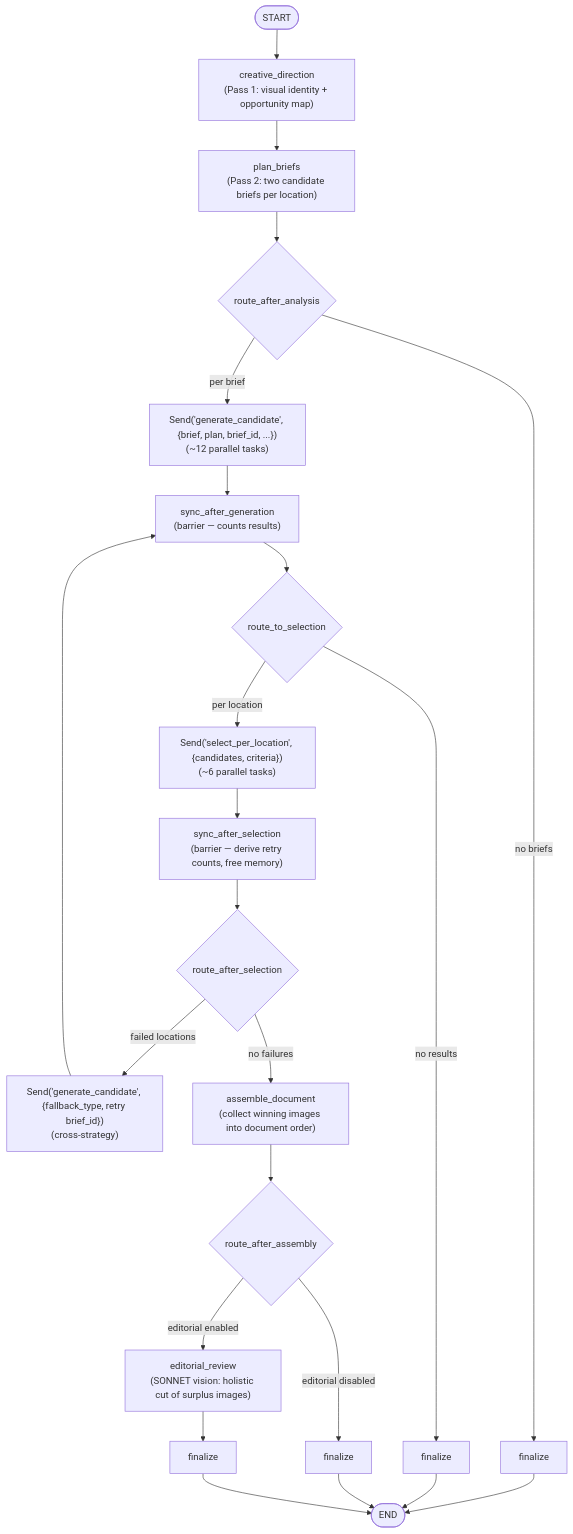
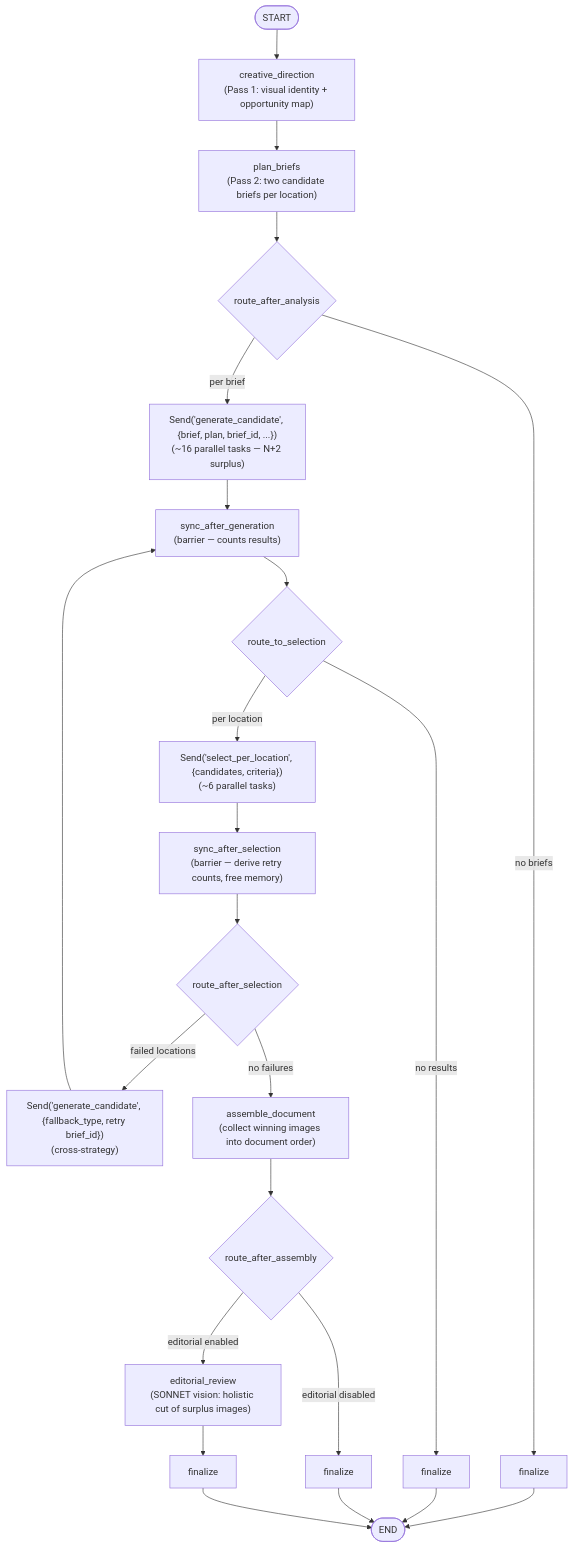
The first of 2 diagrams in docs/patterns/langgraph/document-illustration-workflow.md (DaveCBeck/thala), drawn with Mermaid before and after one commit. The commit also changed other lines of this file and 15 other files, not shown here.

First line of the commit message:
feat(illustrate): replace diagram pipeline with Gemini 3 Pro image generation

````diff
--- a/docs/patterns/langgraph/document-illustration-workflow.md
+++ b/docs/patterns/langgraph/document-illustration-workflow.md
@@ -53,26 +53,26 @@
 ```mermaid
 graph TD
     START([START])
     START --> creative_direction["creative_direction<br/>(Pass 1: visual identity + opportunity map)"]
     creative_direction --> plan_briefs["plan_briefs<br/>(Pass 2: two candidate briefs per location)"]
     plan_briefs --> conditional1{route_after_analysis}
-    conditional1 -->|per brief| generate_candidate["Send('generate_candidate', {brief, plan, brief_id, ...})<br/>(~12 parallel tasks)"]
+    conditional1 -->|per brief| generate_candidate["Send('generate_candidate', {brief, plan, brief_id, ...})<br/>(~16 parallel tasks — N+2 surplus)"]
     conditional1 -->|no briefs| finalize1[finalize]
     generate_candidate --> sync_after_generation["sync_after_generation<br/>(barrier — counts results)"]
     sync_after_generation --> conditional2{route_to_selection}
     conditional2 -->|per location| select_per_location["Send('select_per_location', {candidates, criteria})<br/>(~6 parallel tasks)"]
     conditional2 -->|no results| finalize2[finalize]
     select_per_location --> sync_after_selection["sync_after_selection<br/>(barrier — derive retry counts, free memory)"]
     sync_after_selection --> conditional3{route_after_selection}
     conditional3 -->|failed locations| generate_candidate_retry["Send('generate_candidate', {fallback_type, retry brief_id})<br/>(cross-strategy)"]
     generate_candidate_retry --> sync_after_generation
     conditional3 -->|no failures| assemble_document["assemble_document<br/>(collect winning images into document order)"]
     assemble_document --> conditional4{route_after_assembly}
     conditional4 -->|editorial enabled| editorial_review["editorial_review<br/>(SONNET vision: holistic cut of surplus images)"]
     conditional4 -->|editorial disabled| finalize3[finalize]
     editorial_review --> finalize4[finalize]
     finalize1 --> END([END])
     finalize2 --> END
     finalize3 --> END
     finalize4 --> END
 ```
````
